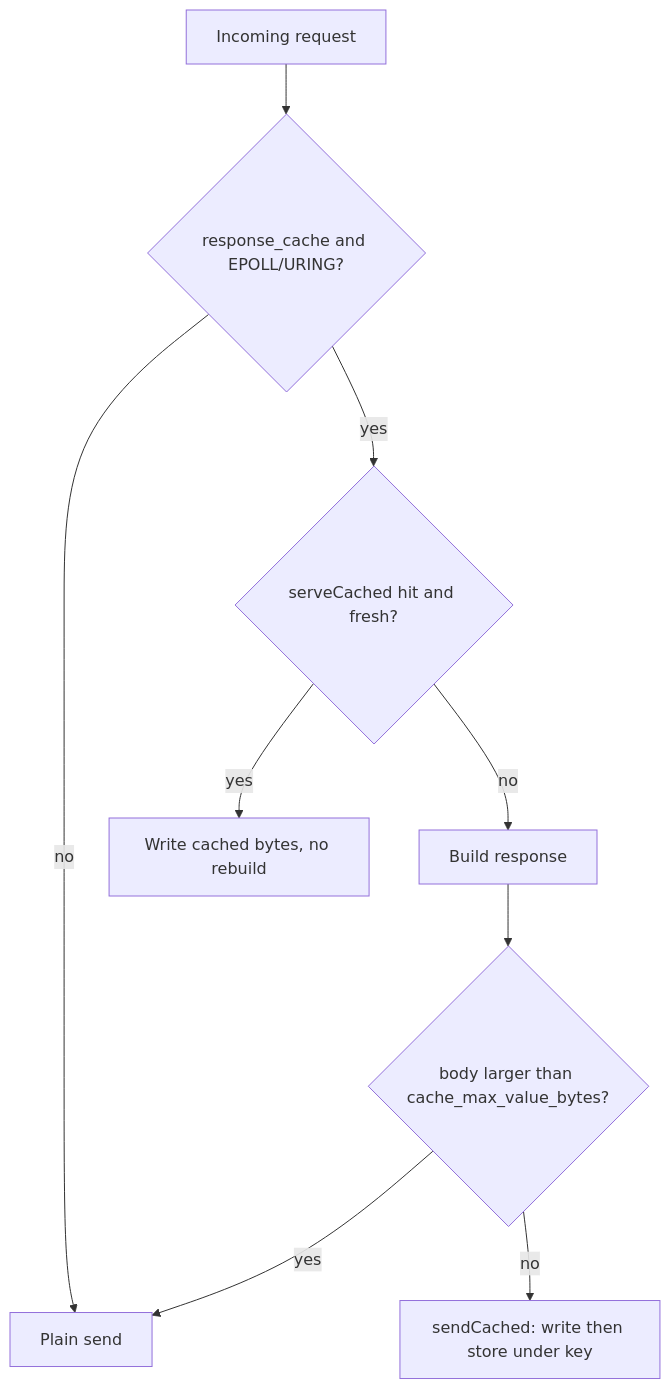
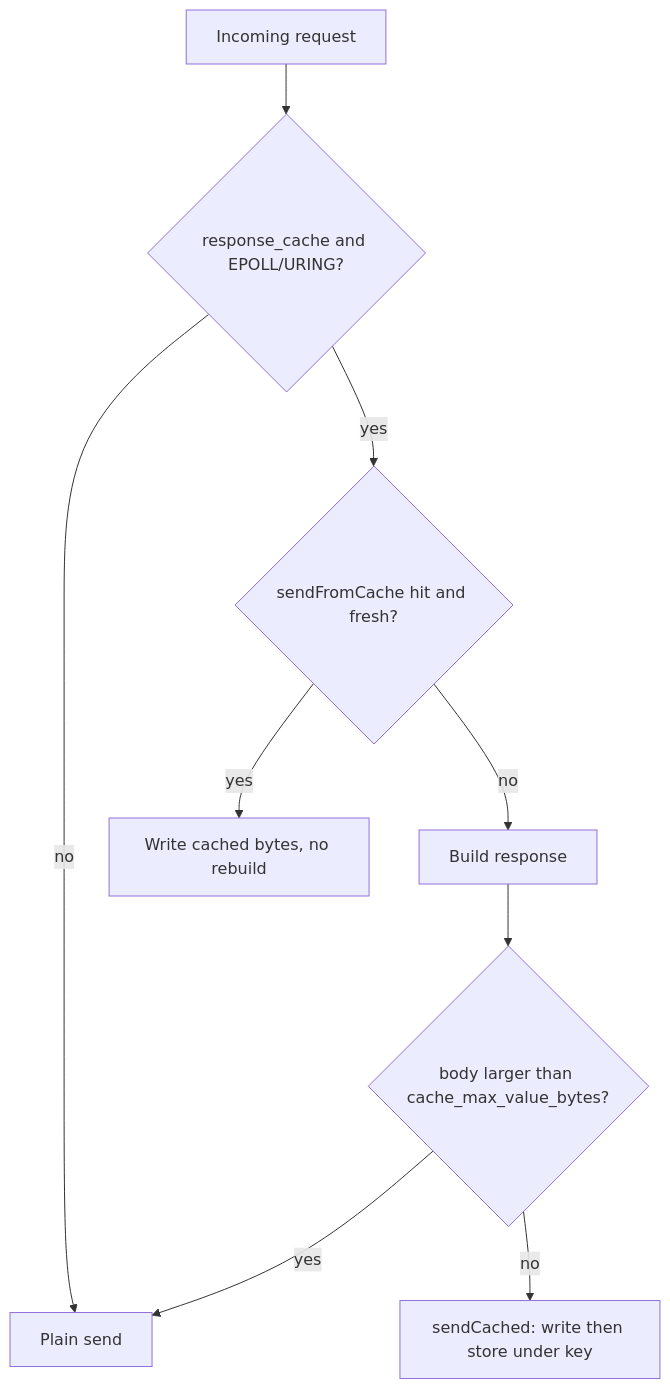
The first of 2 diagrams in README-en.md (prothegee/zix), drawn with Mermaid before and after one commit. The commit also changed other lines of this file and 1 other file, not shown here.

````diff
--- a/README-en.md
+++ b/README-en.md
@@ -1419,11 +1417,11 @@
 ```mermaid
 flowchart TD
     A[Incoming request] --> B{response_cache and EPOLL/URING?}
     B -- no --> P[Plain send]
-    B -- yes --> C{serveCached hit and fresh?}
+    B -- yes --> C{sendFromCache hit and fresh?}
     C -- yes --> W[Write cached bytes, no rebuild]
     C -- no --> D[Build response]
     D --> E{body larger than cache_max_value_bytes?}
     E -- yes --> P
     E -- no --> S[sendCached: write then store under key]
 ```
````
